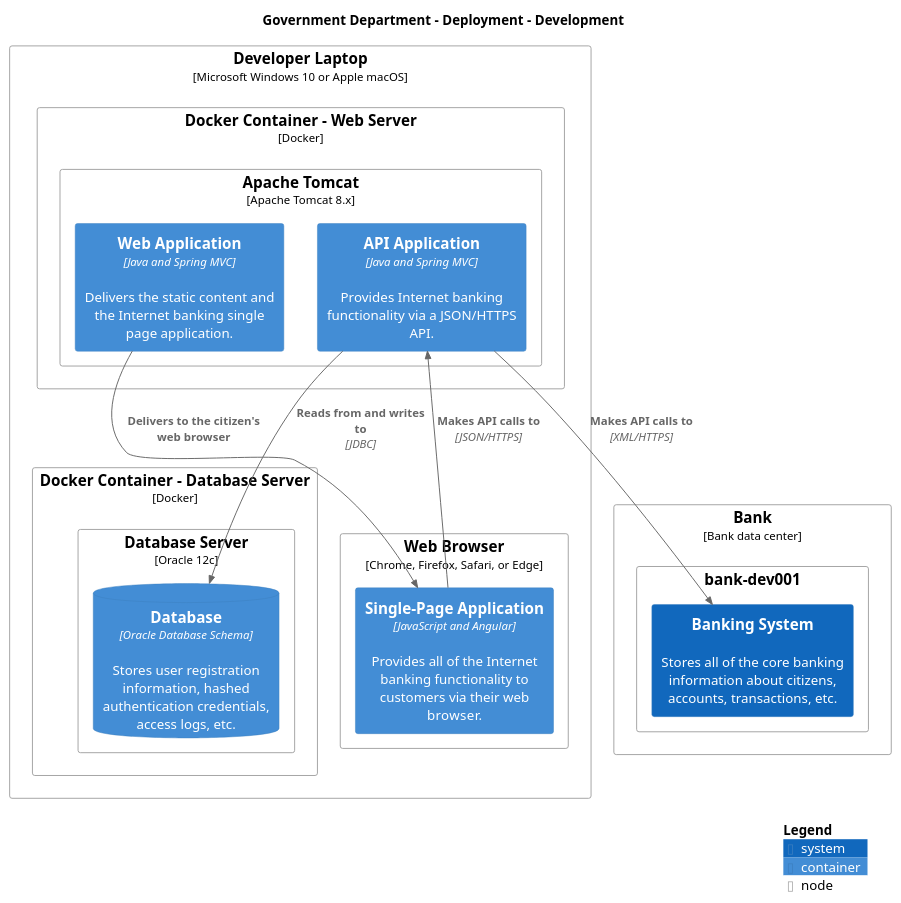
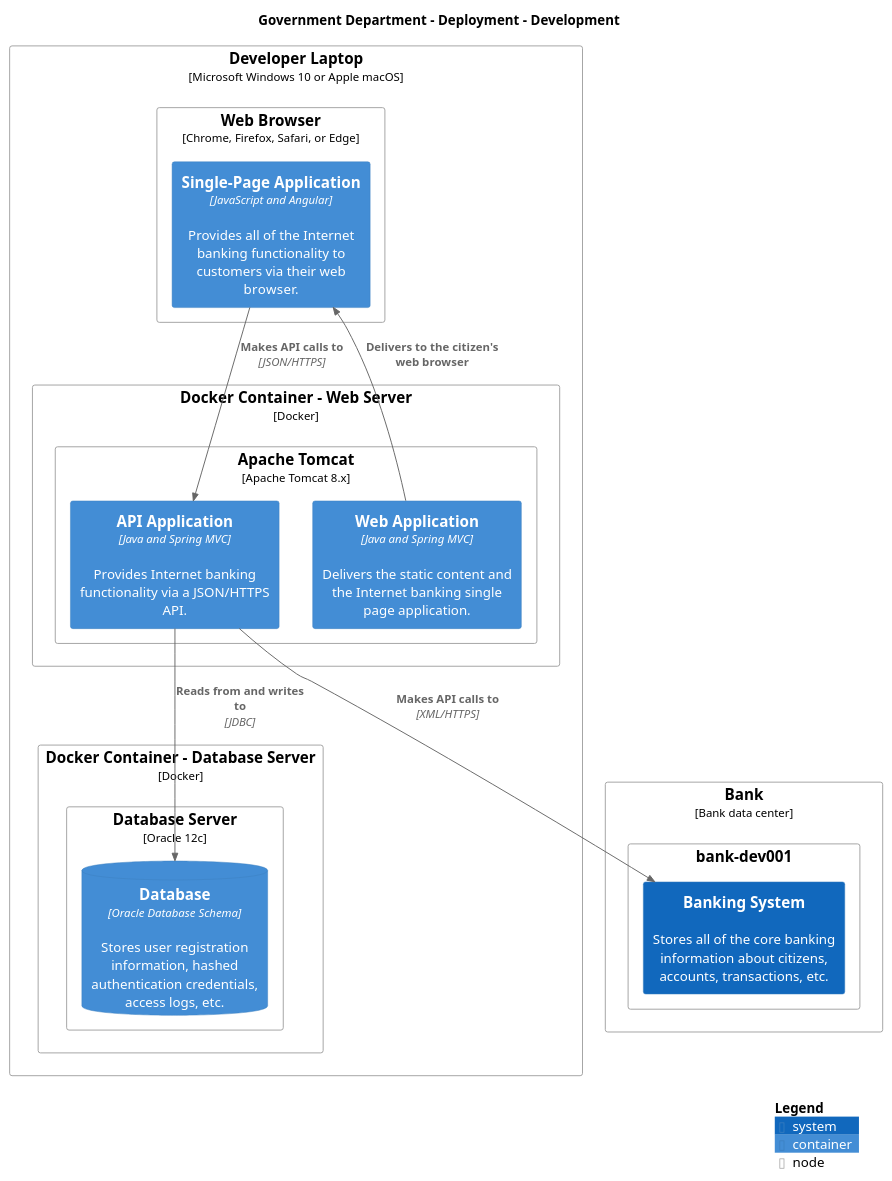
One commit to madetech/structurizr-template changed the diagram in main/puml/DevelopmentDeployment.puml. Above: the diagram before and after it, drawn with PlantUML. The commit also changed 73 other files, not shown here.

```diff
--- a/main/puml/DevelopmentDeployment.puml
+++ b/main/puml/DevelopmentDeployment.puml
@@ -1,47 +1,47 @@
 @startuml
 set separator none
 title Government Department - Deployment - Development
 
 top to bottom direction
 
-!include https://raw.githubusercontent.com/plantuml-stdlib/C4-PlantUML/master/C4.puml
-!include https://raw.githubusercontent.com/plantuml-stdlib/C4-PlantUML/master/C4_Context.puml
-!include https://raw.githubusercontent.com/plantuml-stdlib/C4-PlantUML/master/C4_Container.puml
-!include https://raw.githubusercontent.com/plantuml-stdlib/C4-PlantUML/master/C4_Deployment.puml
+!include <C4/C4>
+!include <C4/C4_Context>
+!include <C4/C4_Container>
+!include <C4/C4_Deployment>
 
-Deployment_Node(Development.DeveloperLaptop, "Developer Laptop", "Microsoft Windows 10 or Apple macOS", $tags="") {
-  Deployment_Node(Development.DeveloperLaptop.DockerContainerDatabaseServer, "Docker Container - Database Server", "Docker", $tags="") {
-    Deployment_Node(Development.DeveloperLaptop.DockerContainerDatabaseServer.DatabaseServer, "Database Server", "Oracle 12c", $tags="") {
-      ContainerDb(Development.DeveloperLaptop.DockerContainerDatabaseServer.DatabaseServer.Database_1, "Database", "Oracle Database Schema", "Stores user registration information, hashed authentication credentials, access logs, etc.", $tags="")
+Deployment_Node(Development.DeveloperLaptop, "Developer Laptop", $type="Microsoft Windows 10 or Apple macOS", $tags="", $link="") {
+  Deployment_Node(Development.DeveloperLaptop.WebBrowser, "Web Browser", $type="Chrome, Firefox, Safari, or Edge", $tags="", $link="") {
+    Container(Development.DeveloperLaptop.WebBrowser.SinglePageApplication_1, "Single-Page Application", $techn="JavaScript and Angular", $descr="Provides all of the Internet banking functionality to customers via their web browser.", $tags="", $link="")
+  }
+
+  Deployment_Node(Development.DeveloperLaptop.DockerContainerWebServer, "Docker Container - Web Server", $type="Docker", $tags="", $link="") {
+    Deployment_Node(Development.DeveloperLaptop.DockerContainerWebServer.ApacheTomcat, "Apache Tomcat", $type="Apache Tomcat 8.x", $tags="", $link="") {
+      Container(Development.DeveloperLaptop.DockerContainerWebServer.ApacheTomcat.WebApplication_1, "Web Application", $techn="Java and Spring MVC", $descr="Delivers the static content and the Internet banking single page application.", $tags="", $link="")
+      Container(Development.DeveloperLaptop.DockerContainerWebServer.ApacheTomcat.APIApplication_1, "API Application", $techn="Java and Spring MVC", $descr="Provides Internet banking functionality via a JSON/HTTPS API.", $tags="", $link="")
     }
 
   }
 
-  Deployment_Node(Development.DeveloperLaptop.DockerContainerWebServer, "Docker Container - Web Server", "Docker", $tags="") {
-    Deployment_Node(Development.DeveloperLaptop.DockerContainerWebServer.ApacheTomcat, "Apache Tomcat", "Apache Tomcat 8.x", $tags="") {
-      Container(Development.DeveloperLaptop.DockerContainerWebServer.ApacheTomcat.APIApplication_1, "API Application", "Java and Spring MVC", "Provides Internet banking functionality via a JSON/HTTPS API.", $tags="")
-      Container(Development.DeveloperLaptop.DockerContainerWebServer.ApacheTomcat.WebApplication_1, "Web Application", "Java and Spring MVC", "Delivers the static content and the Internet banking single page application.", $tags="")
+  Deployment_Node(Development.DeveloperLaptop.DockerContainerDatabaseServer, "Docker Container - Database Server", $type="Docker", $tags="", $link="") {
+    Deployment_Node(Development.DeveloperLaptop.DockerContainerDatabaseServer.DatabaseServer, "Database Server", $type="Oracle 12c", $tags="", $link="") {
+      ContainerDb(Development.DeveloperLaptop.DockerContainerDatabaseServer.DatabaseServer.Database_1, "Database", $techn="Oracle Database Schema", $descr="Stores user registration information, hashed authentication credentials, access logs, etc.", $tags="", $link="")
     }
 
   }
 
-  Deployment_Node(Development.DeveloperLaptop.WebBrowser, "Web Browser", "Chrome, Firefox, Safari, or Edge", $tags="") {
-    Container(Development.DeveloperLaptop.WebBrowser.SinglePageApplication_1, "Single-Page Application", "JavaScript and Angular", "Provides all of the Internet banking functionality to customers via their web browser.", $tags="")
+}
+
+Deployment_Node(Development.Bank, "Bank", $type="Bank data center", $tags="", $link="") {
+  Deployment_Node(Development.Bank.bankdev001, "bank-dev001", $type="", $tags="", $link="") {
+    System(Development.Bank.bankdev001.BankingSystem_1, "Banking System", $descr="Stores all of the core banking information about citizens, accounts, transactions, etc.", $tags="", $link="")
   }
 
 }
 
-Deployment_Node(Development.Bank, "Bank", "Bank data center", $tags="") {
-  Deployment_Node(Development.Bank.bankdev001, "bank-dev001", $tags="") {
-    System(Development.Bank.bankdev001.BankingSystem_1, "Banking System", "Stores all of the core banking information about citizens, accounts, transactions, etc.", $tags="")
-  }
-
-}
-
-Rel_D(Development.DeveloperLaptop.DockerContainerWebServer.ApacheTomcat.WebApplication_1, Development.DeveloperLaptop.WebBrowser.SinglePageApplication_1, "Delivers to the citizen's web browser", $tags="")
-Rel_D(Development.DeveloperLaptop.WebBrowser.SinglePageApplication_1, Development.DeveloperLaptop.DockerContainerWebServer.ApacheTomcat.APIApplication_1, "Makes API calls to", "JSON/HTTPS", $tags="")
-Rel_D(Development.DeveloperLaptop.DockerContainerWebServer.ApacheTomcat.APIApplication_1, Development.DeveloperLaptop.DockerContainerDatabaseServer.DatabaseServer.Database_1, "Reads from and writes to", "JDBC", $tags="")
-Rel_D(Development.DeveloperLaptop.DockerContainerWebServer.ApacheTomcat.APIApplication_1, Development.Bank.bankdev001.BankingSystem_1, "Makes API calls to", "XML/HTTPS", $tags="")
+Rel_D(Development.DeveloperLaptop.DockerContainerWebServer.ApacheTomcat.WebApplication_1, Development.DeveloperLaptop.WebBrowser.SinglePageApplication_1, "Delivers to the citizen's web browser", $techn="", $tags="", $link="")
+Rel_D(Development.DeveloperLaptop.WebBrowser.SinglePageApplication_1, Development.DeveloperLaptop.DockerContainerWebServer.ApacheTomcat.APIApplication_1, "Makes API calls to", $techn="JSON/HTTPS", $tags="", $link="")
+Rel_D(Development.DeveloperLaptop.DockerContainerWebServer.ApacheTomcat.APIApplication_1, Development.DeveloperLaptop.DockerContainerDatabaseServer.DatabaseServer.Database_1, "Reads from and writes to", $techn="JDBC", $tags="", $link="")
+Rel_D(Development.DeveloperLaptop.DockerContainerWebServer.ApacheTomcat.APIApplication_1, Development.Bank.bankdev001.BankingSystem_1, "Makes API calls to", $techn="XML/HTTPS", $tags="", $link="")
 
 SHOW_LEGEND(true)
 @enduml
```
